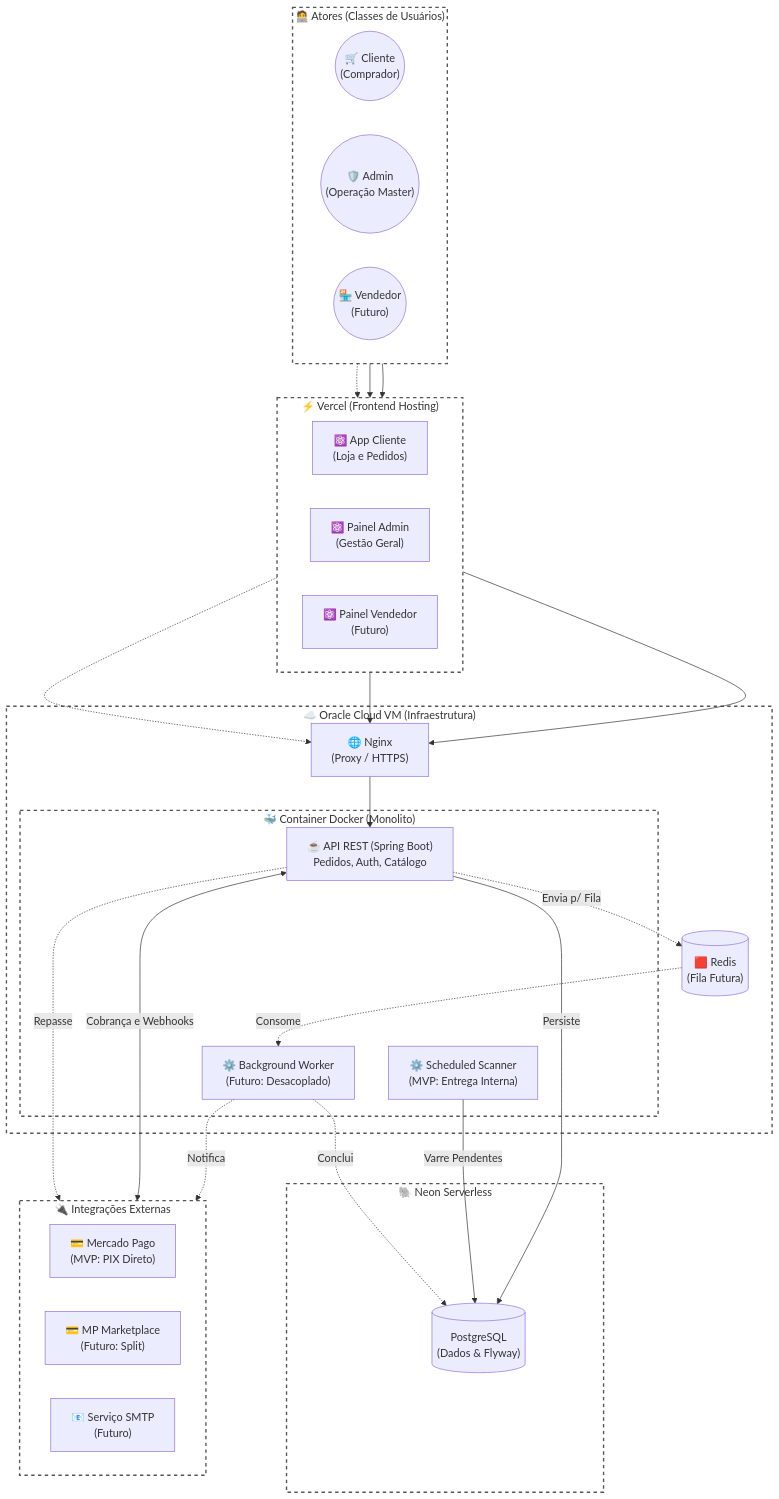
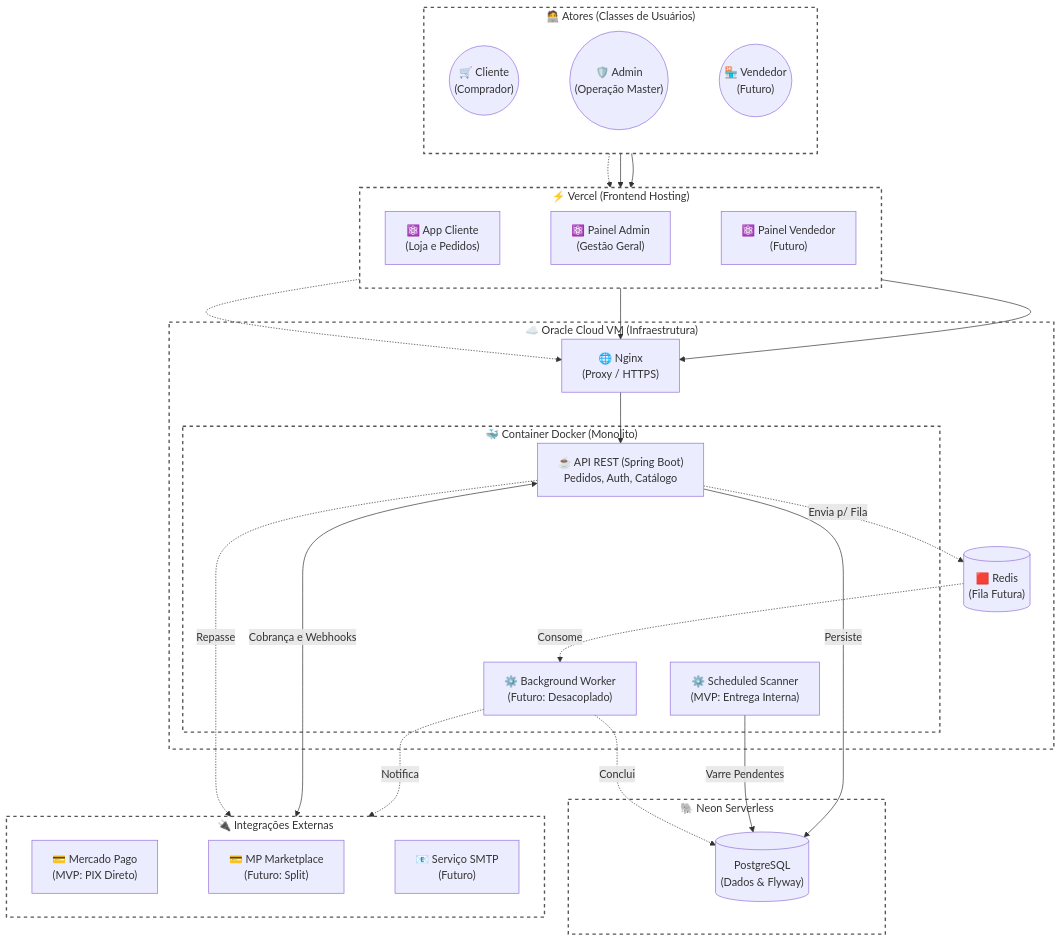
One commit to CelioPedro/ThePirate changed the diagram in docs/architecture.md. Above: the diagram before and after it, drawn with Mermaid.

Commit message:
docs: forca layout horizontal nos subgrafos do Mermaid usando links invisiveis

````diff
--- a/docs/architecture.md
+++ b/docs/architecture.md
@@ -7,74 +7,68 @@
 ```mermaid
 flowchart TD
     %% ATORES
     subgraph Users ["🧑‍💻 Atores (Classes de Usuários)"]
         direction LR
-        Buyer(("🛒 Cliente\n(Comprador)"))
-        Admin(("🛡️ Admin\n(Operação Master)"))
-        Seller(("🏪 Vendedor\n(Futuro)"))
+        Buyer(("🛒 Cliente\n(Comprador)")) ~~~ Admin(("🛡️ Admin\n(Operação Master)")) ~~~ Seller(("🏪 Vendedor\n(Futuro)"))
     end
 
     %% FRONTEND
     subgraph Vercel ["⚡ Vercel (Frontend Hosting)"]
         direction LR
-        UI_Buyer["⚛️ App Cliente\n(Loja e Pedidos)"]
-        UI_Admin["⚛️ Painel Admin\n(Gestão Geral)"]
-        UI_Seller["⚛️ Painel Vendedor\n(Futuro)"]
+        UI_Buyer["⚛️ App Cliente\n(Loja e Pedidos)"] ~~~ UI_Admin["⚛️ Painel Admin\n(Gestão Geral)"] ~~~ UI_Seller["⚛️ Painel Vendedor\n(Futuro)"]
     end
 
     %% BACKEND & INFRA
     subgraph OracleVM ["☁️ Oracle Cloud VM (Infraestrutura)"]
         Nginx["🌐 Nginx\n(Proxy / HTTPS)"]
         
         subgraph Docker ["🐳 Container Docker (Monolito)"]
             API["☕ API REST (Spring Boot)\nPedidos, Auth, Catálogo"]
             Scanner["⚙️ Scheduled Scanner\n(MVP: Entrega Interna)"]
             Worker["⚙️ Background Worker\n(Futuro: Desacoplado)"]
         end
         
         Redis[("🟥 Redis\n(Fila Futura)")]
     end
 
     %% DADOS
     subgraph Data ["🐘 Neon Serverless"]
         DB[("PostgreSQL\n(Dados & Flyway)")]
     end
 
     %% INTEGRAÇÕES
     subgraph Integrations ["🔌 Integrações Externas"]
         direction LR
-        MercadoPago["💳 Mercado Pago\n(MVP: PIX Direto)"]
-        MPSplit["💳 MP Marketplace\n(Futuro: Split)"]
-        Email["📧 Serviço SMTP\n(Futuro)"]
+        MercadoPago["💳 Mercado Pago\n(MVP: PIX Direto)"] ~~~ MPSplit["💳 MP Marketplace\n(Futuro: Split)"] ~~~ Email["📧 Serviço SMTP\n(Futuro)"]
     end
 
     %% FLUXOS E RELACIONAMENTOS
     Buyer --> UI_Buyer
     Admin --> UI_Admin
     Seller -.-> UI_Seller
     
     UI_Buyer --> Nginx
     UI_Admin --> Nginx
     UI_Seller -.-> Nginx
     
     Nginx --> API
     
     API -->|Persiste| DB
     Scanner -->|Varre Pendentes| DB
     
     API -.->|Envia p/ Fila| Redis
     Redis -.->|Consome| Worker
     Worker -.->|Conclui| DB
     Worker -.->|Notifica| Email
     
     API <-->|Cobrança e Webhooks| MercadoPago
     API -.->|Repasse| MPSplit
 
     %% ESTILOS (Fundo transparente)
     style Users fill:transparent,stroke:#555,stroke-width:2px,stroke-dasharray: 5 5
     style Vercel fill:transparent,stroke:#555,stroke-width:2px,stroke-dasharray: 5 5
     style OracleVM fill:transparent,stroke:#555,stroke-width:2px,stroke-dasharray: 5 5
     style Docker fill:transparent,stroke:#555,stroke-width:2px,stroke-dasharray: 5 5
     style Data fill:transparent,stroke:#555,stroke-width:2px,stroke-dasharray: 5 5
     style Integrations fill:transparent,stroke:#555,stroke-width:2px,stroke-dasharray: 5 5
 ```
````
